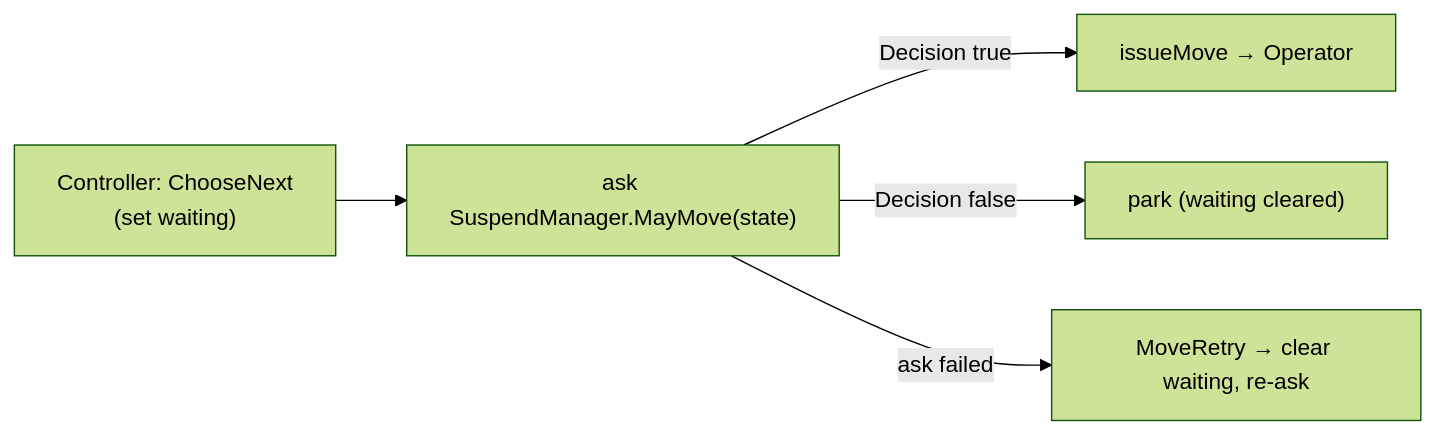
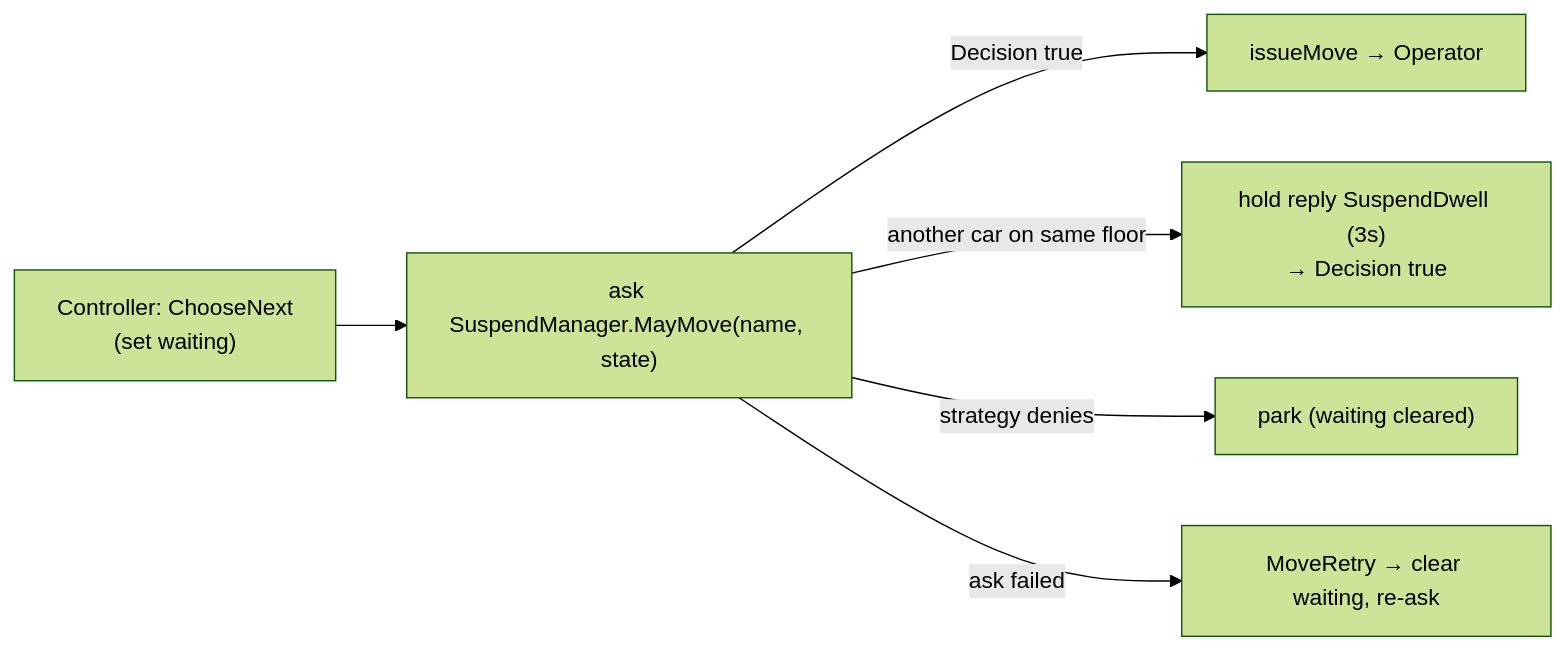
Before and after one commit to TwistedLady/elevator-system: the diagram in docs/suspender.md, drawn with Mermaid (forest theme). The commit also changed other lines of this file, not shown here.

First line of the commit message:
docs: describe the SuspendManager same-floor pause

````diff
--- a/docs/suspender.md
+++ b/docs/suspender.md
@@ -7,7 +7,8 @@
 ```mermaid
 flowchart LR
-  cn["Controller: ChooseNext<br/>(set waiting)"] --> ask["ask SuspendManager.MayMove(state)"]
+  cn["Controller: ChooseNext<br/>(set waiting)"] --> ask["ask SuspendManager.MayMove(name, state)"]
   ask -->|Decision true| mv["issueMove → Operator"]
-  ask -->|Decision false| park["park (waiting cleared)"]
+  ask -->|another car on same floor| hold["hold reply SuspendDwell (3s)<br/>→ Decision true"]
+  ask -->|strategy denies| park["park (waiting cleared)"]
   ask -->|ask failed| retry["MoveRetry → clear waiting, re-ask"]
 ```
````
